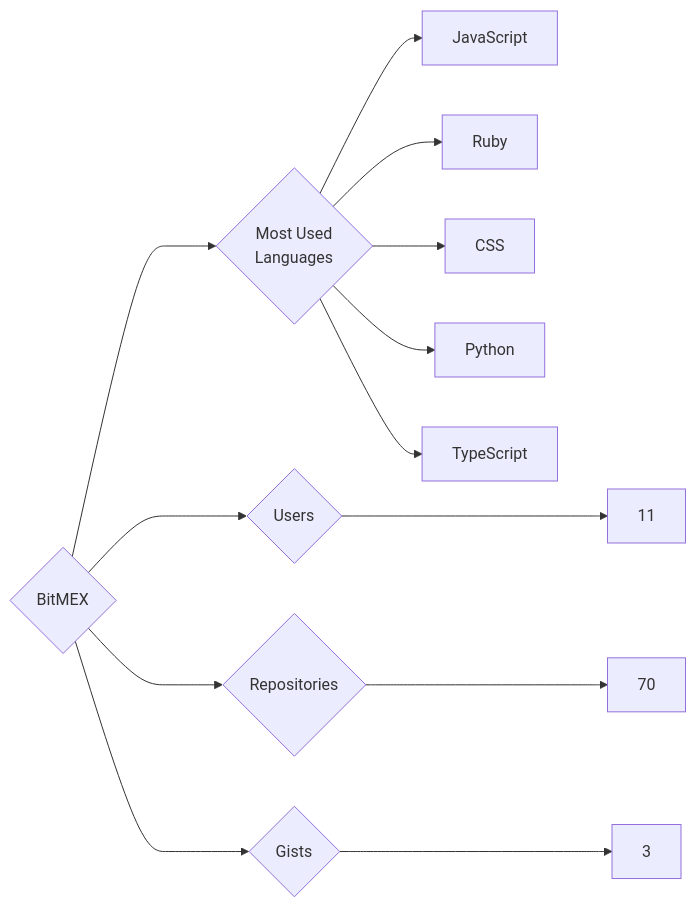
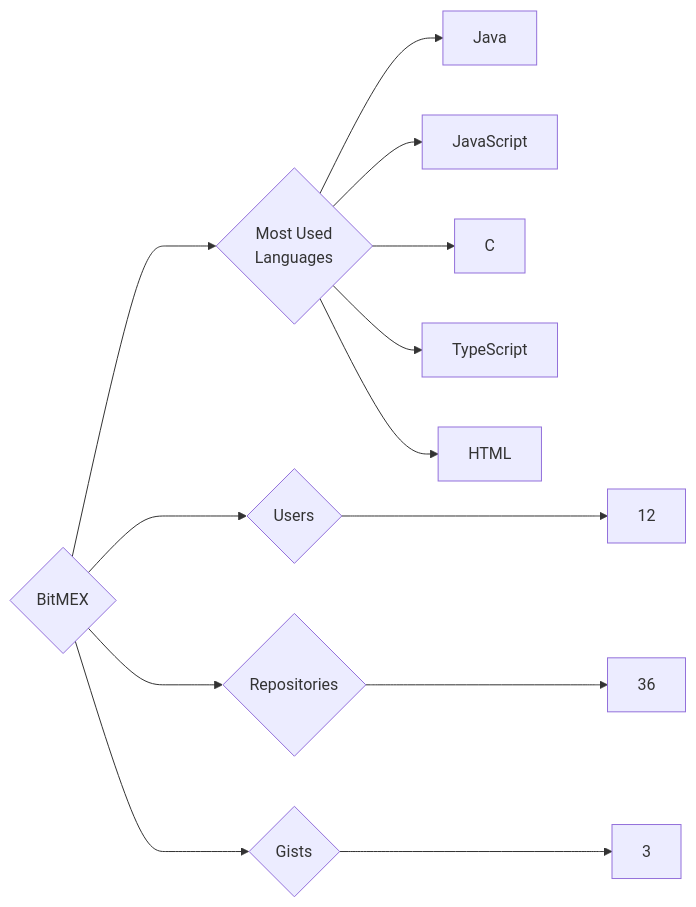
The diagram in targets/BitMEX/README.md (trickest/insiders), drawn with Mermaid before and after one commit. The commit also changed 934 other files, not shown here.

````diff
--- a/targets/BitMEX/README.md
+++ b/targets/BitMEX/README.md
@@ -3,13 +3,13 @@
 ```mermaid
 graph LR
 COMPANY_NAME{BitMEX}
-COMPANY_NAME ---> U{Users} ---> UN[11]
-COMPANY_NAME ---> R{Repositories} ---> RN[70]
+COMPANY_NAME ---> U{Users} ---> UN[12]
+COMPANY_NAME ---> R{Repositories} ---> RN[36]
 COMPANY_NAME ---> G{Gists} ---> GN[3]
 COMPANY_NAME ---> ML{Most Used<br>Languages}
+ML --> Java[Java]
 ML --> JavaScript[JavaScript]
-ML --> Ruby[Ruby]
-ML --> CSS[CSS]
-ML --> Python[Python]
+ML --> C[C]
 ML --> TypeScript[TypeScript]
+ML --> HTML[HTML]
 ```
````
